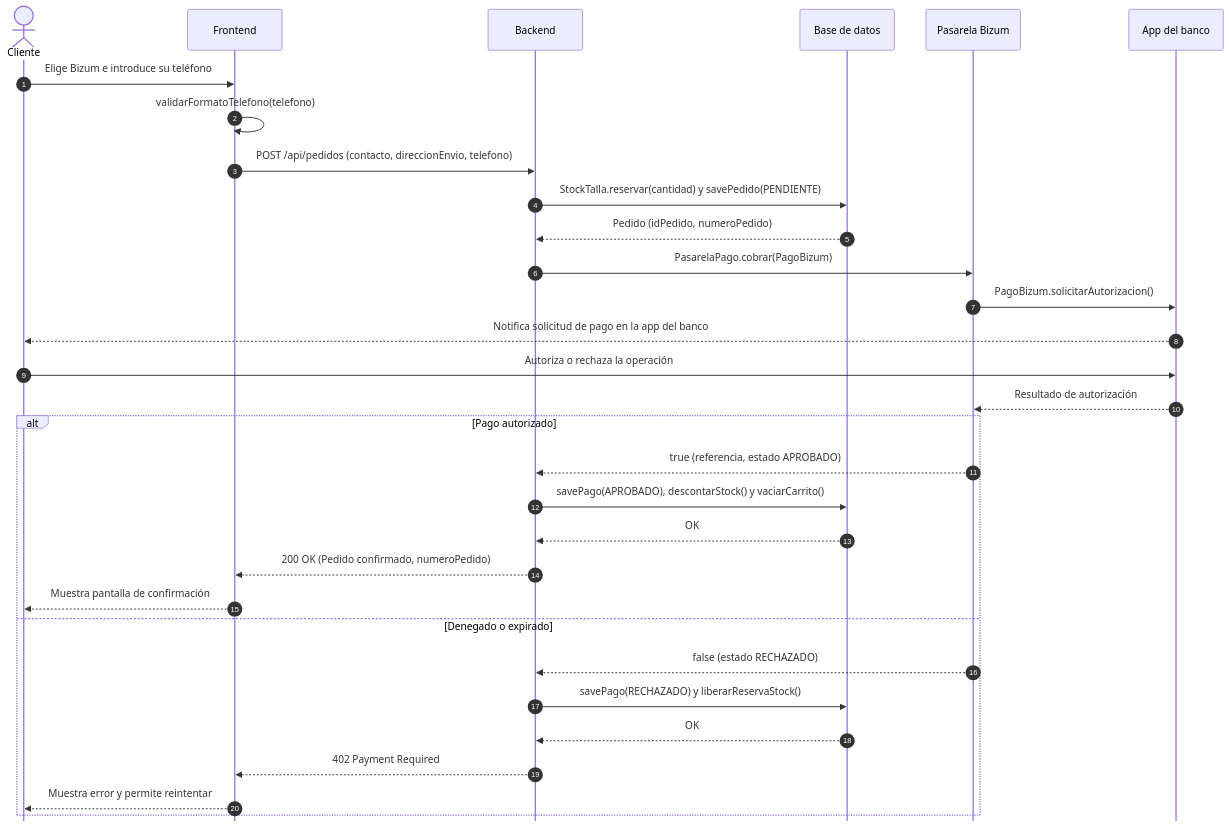
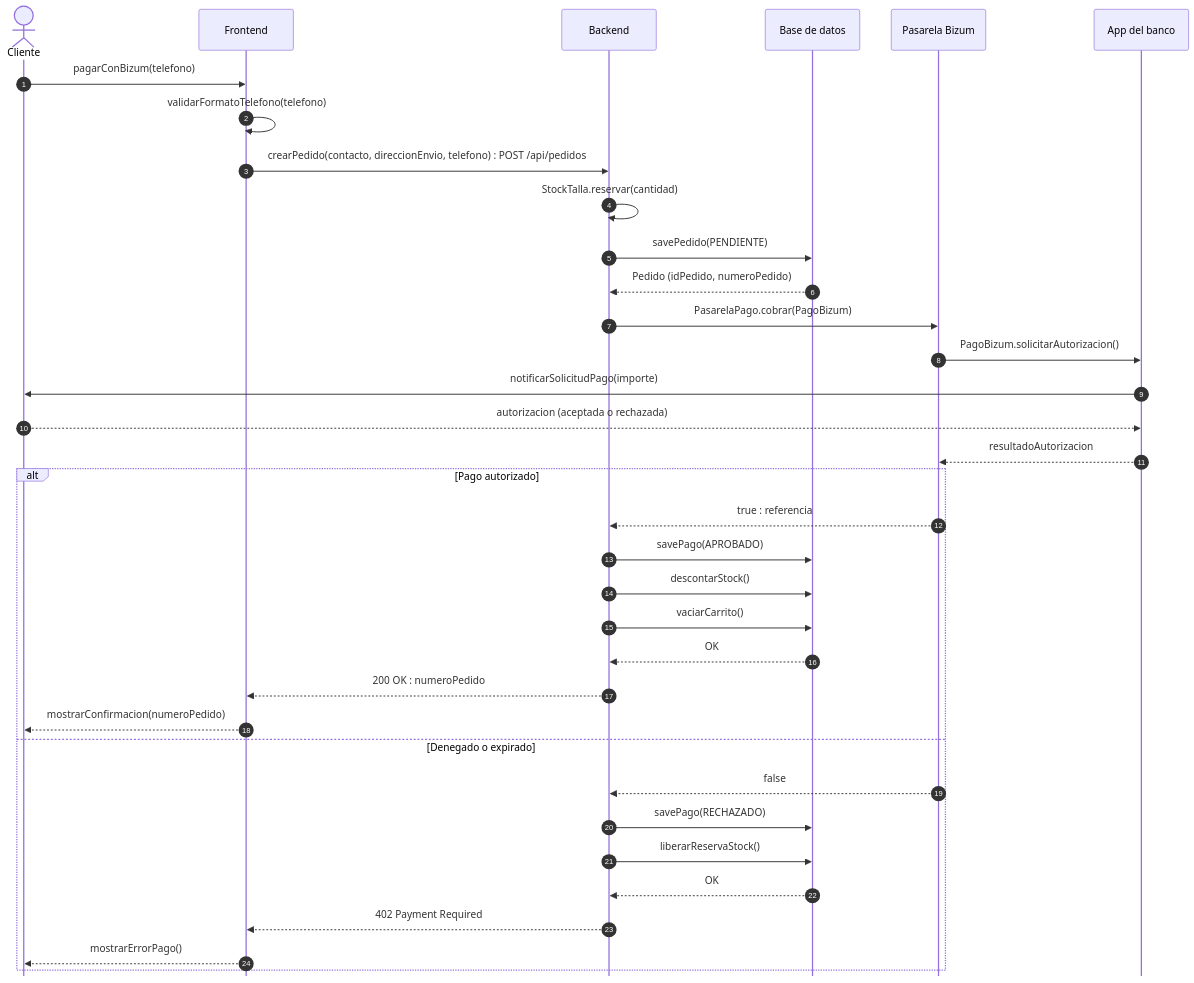
The diagram in Practica3_G11_LaTeX/codigo/sec_us07.mmd (ajgarciarias10/PR3GPS), drawn with Mermaid before and after one commit. The commit also changed 22 other files, not shown here.

First line of the commit message:
fix(bloque3): diagramas de secuencia con nombres de métodos en lugar de frases

```diff
--- a/Practica3_G11_LaTeX/codigo/sec_us07.mmd
+++ b/Practica3_G11_LaTeX/codigo/sec_us07.mmd
@@ -1,32 +1,36 @@
 %%{init: {'sequence': {'mirrorActors': false}}}%%
 sequenceDiagram
     autonumber
     actor U as Cliente
     participant FE as Frontend
     participant BE as Backend
     participant DB as Base de datos
     participant PB as Pasarela Bizum
     participant BK as App del banco
-    U->>FE: Elige Bizum e introduce su teléfono
+    U->>FE: pagarConBizum(telefono)
     FE->>FE: validarFormatoTelefono(telefono)
-    FE->>BE: POST /api/pedidos (contacto, direccionEnvio, telefono)
-    BE->>DB: StockTalla.reservar(cantidad) y savePedido(PENDIENTE)
+    FE->>BE: crearPedido(contacto, direccionEnvio, telefono) : POST /api/pedidos
+    BE->>BE: StockTalla.reservar(cantidad)
+    BE->>DB: savePedido(PENDIENTE)
     DB-->>BE: Pedido (idPedido, numeroPedido)
     BE->>PB: PasarelaPago.cobrar(PagoBizum)
     PB->>BK: PagoBizum.solicitarAutorizacion()
-    BK-->>U: Notifica solicitud de pago en la app del banco
-    U->>BK: Autoriza o rechaza la operación
-    BK-->>PB: Resultado de autorización
+    BK->>U: notificarSolicitudPago(importe)
+    U-->>BK: autorizacion (aceptada o rechazada)
+    BK-->>PB: resultadoAutorizacion
     alt Pago autorizado
-        PB-->>BE: true (referencia, estado APROBADO)
-        BE->>DB: savePago(APROBADO), descontarStock() y vaciarCarrito()
+        PB-->>BE: true : referencia
+        BE->>DB: savePago(APROBADO)
+        BE->>DB: descontarStock()
+        BE->>DB: vaciarCarrito()
         DB-->>BE: OK
-        BE-->>FE: 200 OK (Pedido confirmado, numeroPedido)
-        FE-->>U: Muestra pantalla de confirmación
+        BE-->>FE: 200 OK : numeroPedido
+        FE-->>U: mostrarConfirmacion(numeroPedido)
     else Denegado o expirado
-        PB-->>BE: false (estado RECHAZADO)
-        BE->>DB: savePago(RECHAZADO) y liberarReservaStock()
+        PB-->>BE: false
+        BE->>DB: savePago(RECHAZADO)
+        BE->>DB: liberarReservaStock()
         DB-->>BE: OK
         BE-->>FE: 402 Payment Required
-        FE-->>U: Muestra error y permite reintentar
+        FE-->>U: mostrarErrorPago()
     end
```
